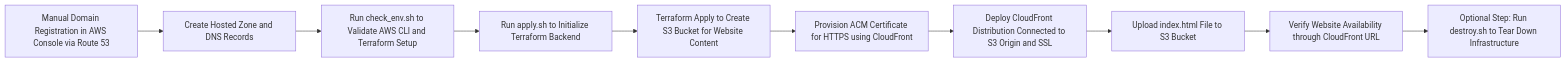
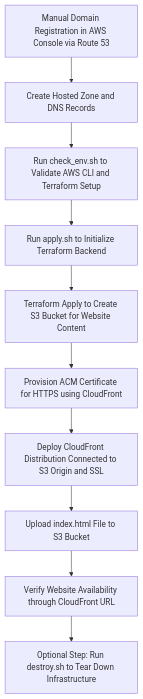
One commit to mamonaco1973/aws-website changed the diagram in README.md. Above: the diagram before and after it, drawn with Mermaid. The commit also changed other lines of this file, not shown here.

Commit message:
work on README.md

````diff
--- a/README.md
+++ b/README.md
@@ -30,12 +30,12 @@
 ```mermaid
-flowchart LR
+flowchart TD
     A[Manual Domain Registration in AWS Console via Route 53] --> B[Create Hosted Zone and DNS Records]
     B --> C[Run check_env.sh to Validate AWS CLI and Terraform Setup]
     C --> D[Run apply.sh to Initialize Terraform Backend]
     D --> E[Terraform Apply to Create S3 Bucket for Website Content]
     E --> F[Provision ACM Certificate for HTTPS using CloudFront]
     F --> G[Deploy CloudFront Distribution Connected to S3 Origin and SSL]
     G --> H[Upload index.html File to S3 Bucket]
     H --> I[Verify Website Availability through CloudFront URL]
     I --> J[Optional Step: Run destroy.sh to Tear Down Infrastructure]
 ```
````
